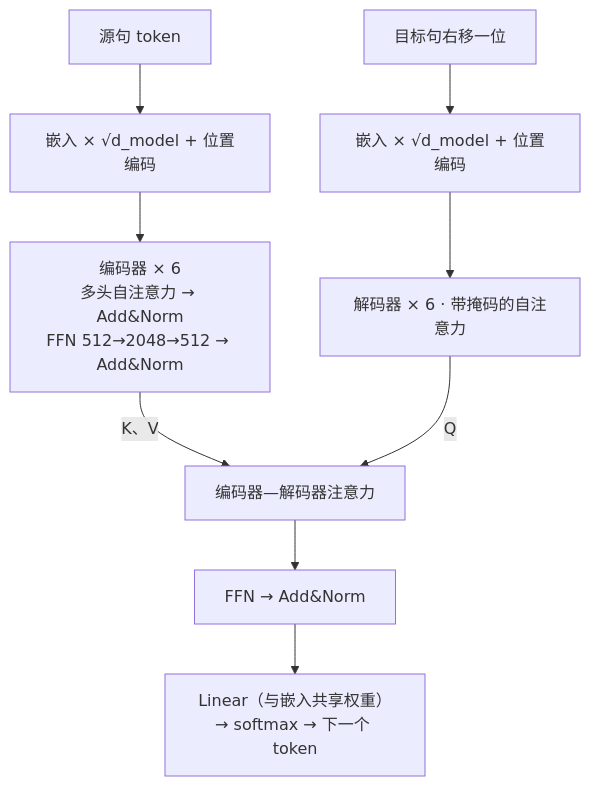
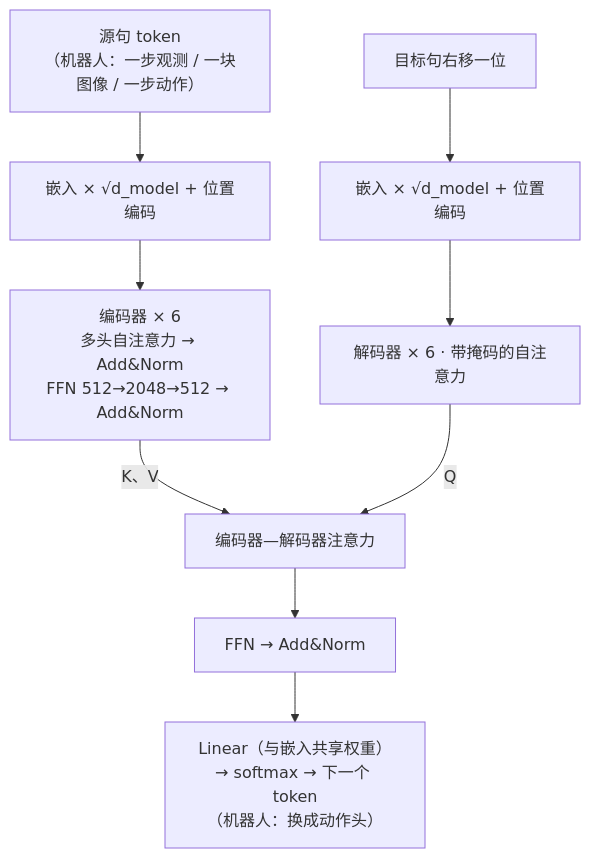
The first of 2 diagrams in papers/01_Foundational_RL/Transformer_Attention_Is_All_You_Need/Transformer_Attention_Is_All_You_Need.md (ImChong/Robot_Learning_Paper_Notebooks), drawn with Mermaid before and after one commit. The commit also changed other lines of this file and 19 other files, not shown here.

```diff
--- a/papers/01_Foundational_RL/Transformer_Attention_Is_All_You_Need/Transformer_Attention_Is_All_You_Need.md
+++ b/papers/01_Foundational_RL/Transformer_Attention_Is_All_You_Need/Transformer_Attention_Is_All_You_Need.md
@@ -245,11 +352,11 @@
 <div class="mermaid">
 flowchart TB
-  SRC["源句 token"] --> EMB1["嵌入 × √d_model + 位置编码"]
+  SRC["源句 token<br/>（机器人：一步观测 / 一块图像 / 一步动作）"] --> EMB1["嵌入 × √d_model + 位置编码"]
   EMB1 --> ENC["编码器 × 6<br/>多头自注意力 → Add&amp;Norm<br/>FFN 512→2048→512 → Add&amp;Norm"]
   TGT["目标句右移一位"] --> EMB2["嵌入 × √d_model + 位置编码"]
   EMB2 --> DEC1["解码器 × 6 · 带掩码的自注意力"]
   ENC -->|"K、V"| DEC2["编码器—解码器注意力"]
   DEC1 -->|"Q"| DEC2
   DEC2 --> FFN["FFN → Add&amp;Norm"]
-  FFN --> OUT["Linear（与嵌入共享权重）→ softmax → 下一个 token"]
+  FFN --> OUT["Linear（与嵌入共享权重）→ softmax → 下一个 token<br/>（机器人：换成动作头）"]
 </div>
```
